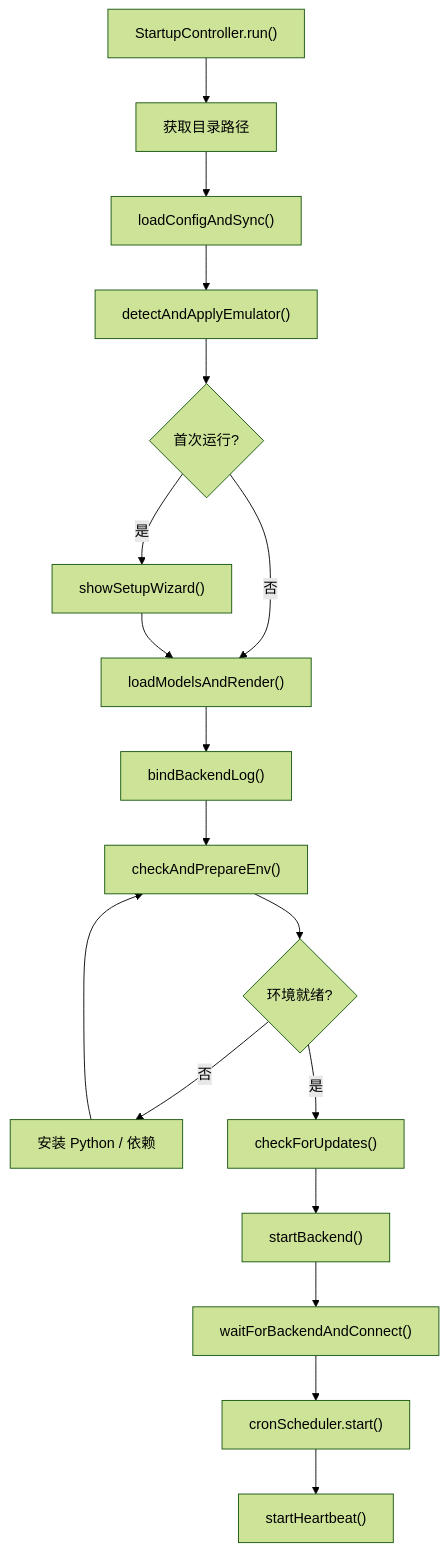
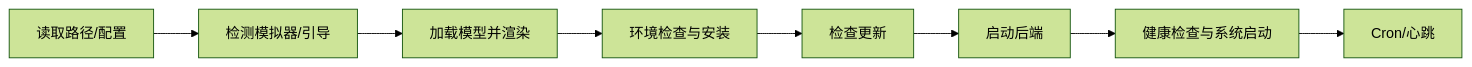
One commit to ShiinaKuroko/AutoWSGR-GUI changed the diagram in docs/architecture/01-controller-layer.md. Above: the diagram before and after it, drawn with Mermaid (forest theme). The commit also changed other lines of this file and 36 other files, not shown here.

Commit message:
docs: align agent guidance and architecture references

````diff
--- a/docs/architecture/01-controller-layer.md
+++ b/docs/architecture/01-controller-layer.md
@@ -115,20 +94,10 @@
 ```mermaid
-flowchart TD
-  A["StartupController.run()"] --> B["获取目录路径"]
-  B --> C["loadConfigAndSync()"]
-  C --> D["detectAndApplyEmulator()"]
-  D --> E{"首次运行?"}
-  E -->|是| F["showSetupWizard()"]
-  E -->|否| G["loadModelsAndRender()"]
-  F --> G
-  G --> H["bindBackendLog()"]
-  H --> I["checkAndPrepareEnv()"]
-  I --> J{"环境就绪?"}
-  J -->|否| K["安装 Python / 依赖"]
-  K --> I
-  J -->|是| L["checkForUpdates()"]
-  L --> M["startBackend()"]
-  M --> N["waitForBackendAndConnect()"]
-  N --> O["cronScheduler.start()"]
-  O --> P["startHeartbeat()"]
+flowchart LR
+  A["读取路径/配置"] --> B["检测模拟器/引导"]
+  B --> C["加载模型并渲染"]
+  C --> D["环境检查与安装"]
+  D --> E["检查更新"]
+  E --> F["启动后端"]
+  F --> G["健康检查与系统启动"]
+  G --> H["Cron/心跳"]
 ```
````
